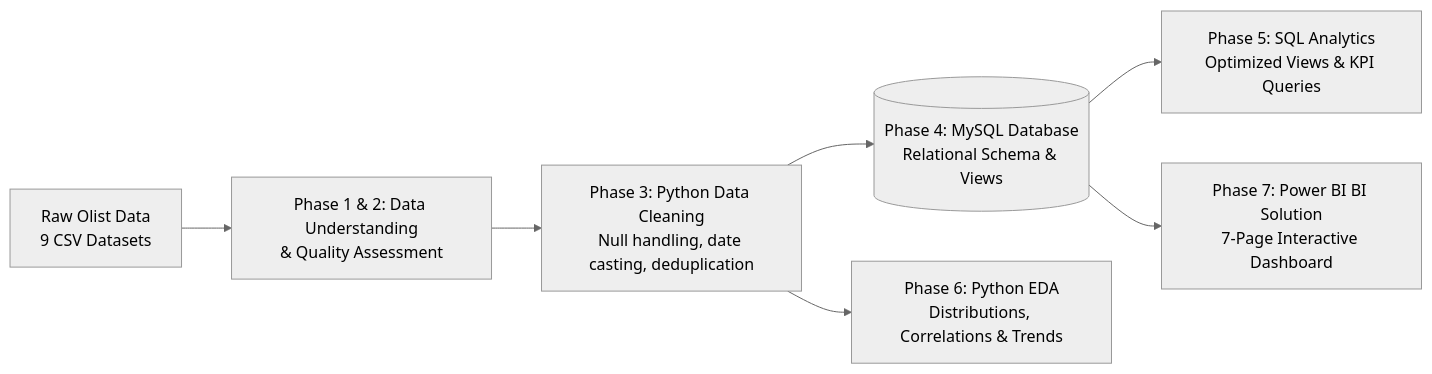
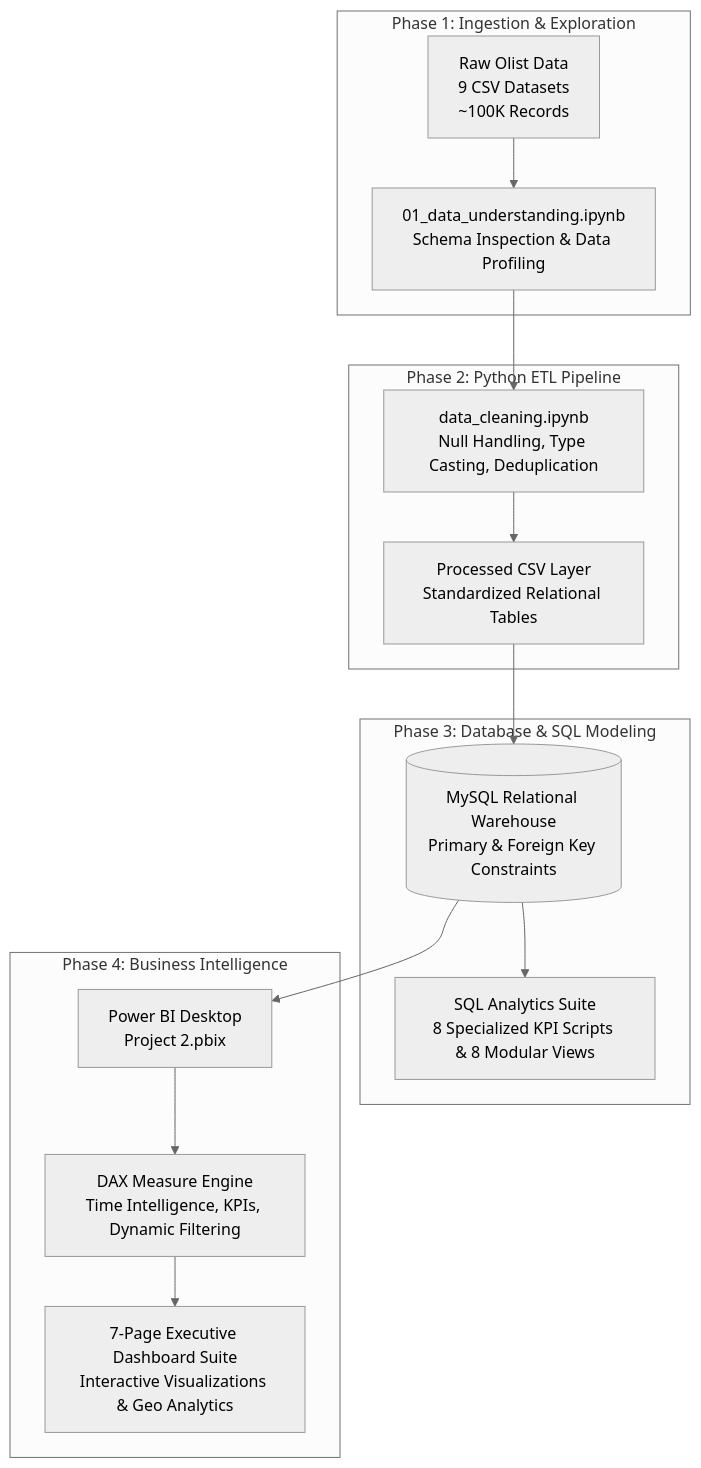
Before and after one commit to aravindreddym-034/Brazilian-Ecommerce-Analytics: the diagram in README.md, drawn with Mermaid (neutral theme). The commit also changed other lines of this file, not shown here.

````diff
--- a/README.md
+++ b/README.md
@@ -48,9 +64,22 @@
 ```mermaid
-flowchart LR
-    A[Raw Olist Data\n9 CSV Datasets] --> B[Phase 1 & 2: Data Understanding\n& Quality Assessment]
-    B --> C[Phase 3: Python Data Cleaning\nNull handling, date casting, deduplication]
-    C --> D[(Phase 4: MySQL Database\nRelational Schema & Views)]
-    D --> E[Phase 5: SQL Analytics\nOptimized Views & KPI Queries]
-    C --> F[Phase 6: Python EDA\nDistributions, Correlations & Trends]
-    D --> G[Phase 7: Power BI BI Solution\n7-Page Interactive Dashboard]
+flowchart TD
+    subgraph S1["Phase 1: Ingestion & Exploration"]
+        A[Raw Olist Data\n9 CSV Datasets\n~100K Records] --> B[01_data_understanding.ipynb\nSchema Inspection & Data Profiling]
+    end
+
+    subgraph S2["Phase 2: Python ETL Pipeline"]
+        B --> C[data_cleaning.ipynb\nNull Handling, Type Casting, Deduplication]
+        C --> D[Processed CSV Layer\nStandardized Relational Tables]
+    end
+
+    subgraph S3["Phase 3: Database & SQL Modeling"]
+        D --> E[(MySQL Relational Warehouse\nPrimary & Foreign Key Constraints)]
+        E --> F[SQL Analytics Suite\n8 Specialized KPI Scripts & 8 Modular Views]
+    end
+
+    subgraph S4["Phase 4: Business Intelligence"]
+        E --> G[Power BI Desktop\nProject 2.pbix]
+        G --> H[DAX Measure Engine\nTime Intelligence, KPIs, Dynamic Filtering]
+        H --> I[7-Page Executive Dashboard Suite\nInteractive Visualizations & Geo Analytics]
+    end
 ```
````
